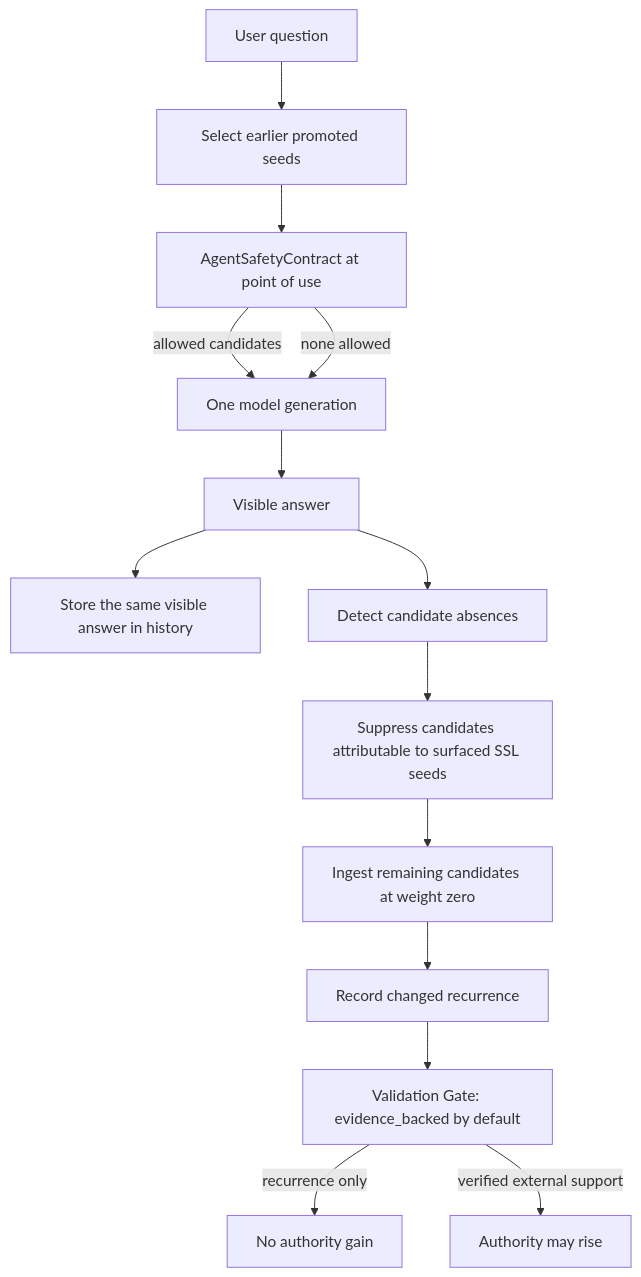
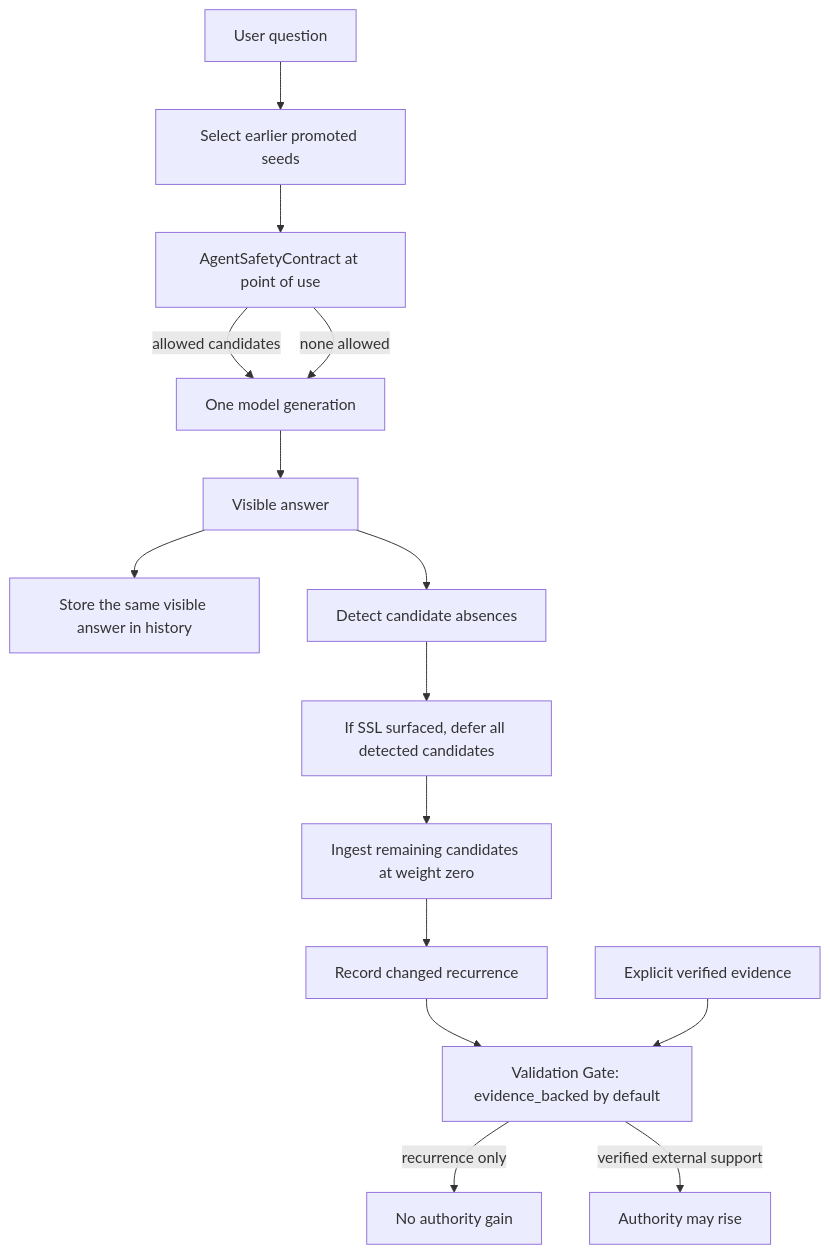
One commit to E-AI-MODEL/shadowseed-pro changed the second of 2 diagrams in README.md. Above: the diagram before and after it, drawn with Mermaid. The commit also changed other lines of this file and 9 other files, not shown here.

````diff
--- a/README.md
+++ b/README.md
@@ -207,16 +207,17 @@
 ```mermaid
 flowchart TD
     Q[User question] --> U[Select earlier promoted seeds]
     U --> A[AgentSafetyContract at point of use]
     A -->|allowed candidates| M[One model generation]
     A -->|none allowed| M
     M --> V[Visible answer]
     V --> H[Store the same visible answer in history]
     V --> D[Detect candidate absences]
-    D --> X[Suppress candidates attributable to surfaced SSL seeds]
+    D --> X[If SSL surfaced, defer all detected candidates]
     X --> N[Ingest remaining candidates at weight zero]
     N --> R[Record changed recurrence]
     R --> G[Validation Gate: evidence_backed by default]
+    E[Explicit verified evidence] --> G
     G -->|recurrence only| B[No authority gain]
     G -->|verified external support| P[Authority may rise]
 ```
````
